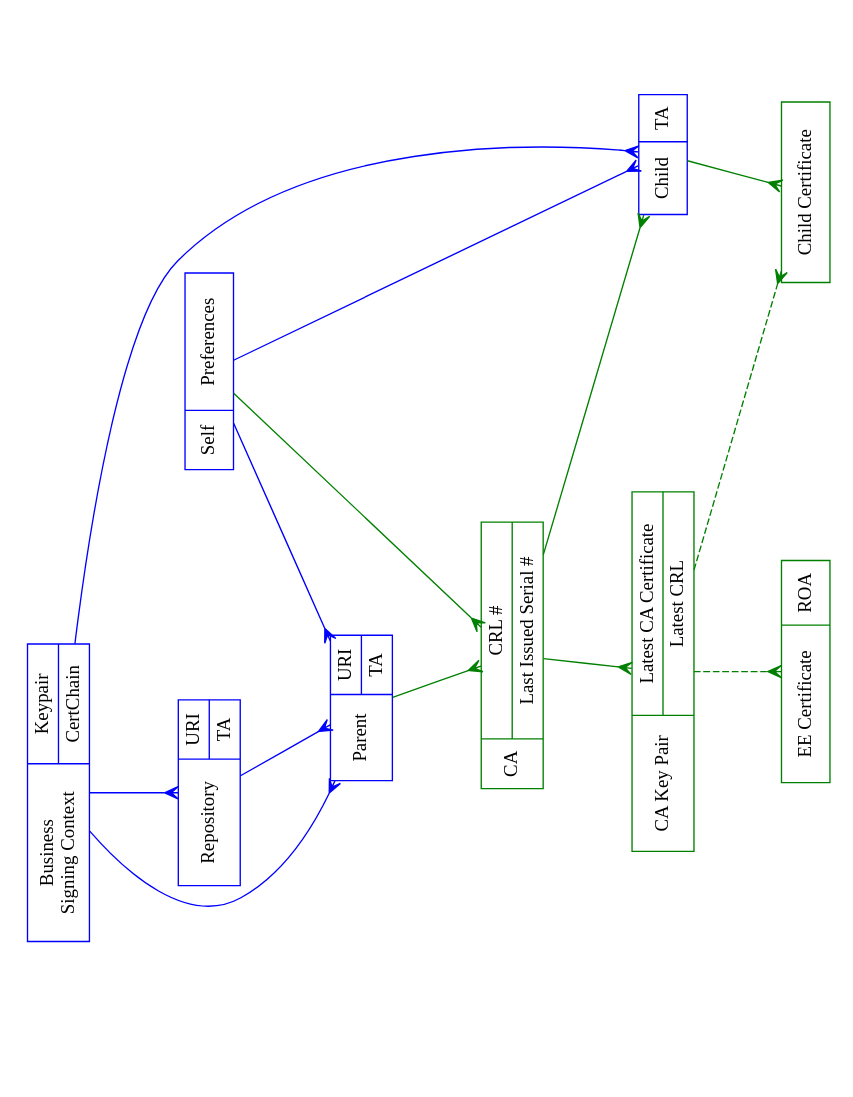
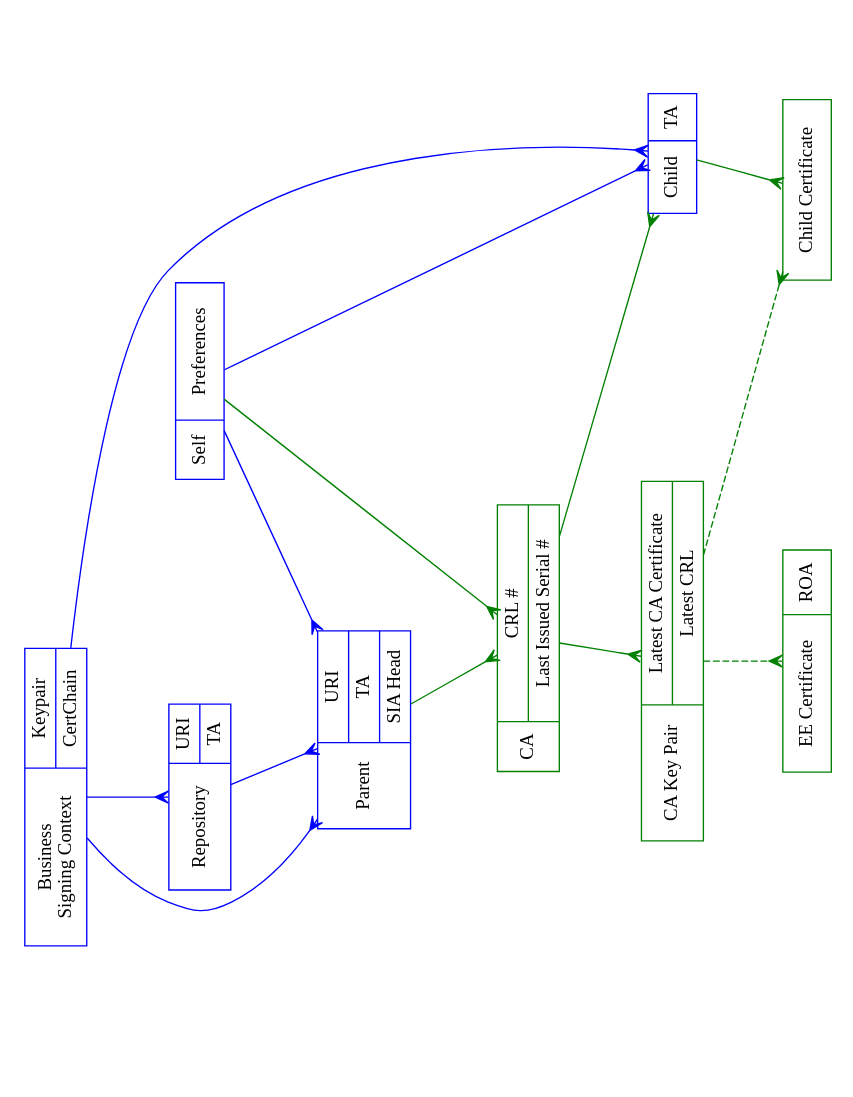
One commit to dragonresearch/rpki.net changed the diagram in docs/images/whiteboard-object-model.dot. Above: the diagram before and after it, drawn with Graphviz. The commit also changed 1 other file, not shown here.

Commit message:
SIA head
svn path=/docs/images/whiteboard-object-model.dot; revision=580

```diff
--- a/docs/images/whiteboard-object-model.dot
+++ b/docs/images/whiteboard-object-model.dot
@@ -1,65 +1,65 @@
 // $URL$
 // $Id$
 
 // This is an attempt to capture
 // http://subvert-rpki.hactrn.net/docs/prague-whiteboard-2007-03-22-23:15:01.jpg
 
 // {arrowhead,arrowtail} shapes to use for database object relationships:
 //   1-  none
 //   m-  crow
 // Color code:
 //   Blue:  visible in left-right protocol
 //   Green: created on the fly
 
 // Explanation for many-many mapping beween CA and child objects
 // (courtesy of RobL): Each child is an entity; each CA can have
 // multiple children, and each child can hold certs from multiple CAs.
 
 digraph rpki_engine_objects {
 	rotate=90;	size="11,8.5";	splines=true;	ratio=fill;
 	node		[ shape=record ];
 
 	// Objects visible in left-to-right protocol
 	node		[ color=blue ];
 	self		[ label="Self|{Preferences}" ];
-	parent		[ label="Parent|{URI|TA}" ];
+	parent		[ label="Parent|{URI|TA|SIA Head}" ];
 	repo		[ label="Repository|{URI|TA}" ];
 	child		[ label="Child|{TA}" ];
 	biz_sign	[ label="Business\nSigning Context|{Keypair|CertChain}" ];
 
 	// Objects created on the fly by the RPKI engine
 	node		[ color=green ];
 	ca		[ label="CA|{CRL #|Last Issued Serial #}" ];
 	child_cert	[ label="Child Certificate" ];
 	ee_cert		[ label="EE Certificate|{ROA}" ];
 	ca_key_pair	[ label="CA Key Pair|{Latest CA Certificate|Latest CRL}" ];
 
 	// One-many mappings
 	edge [ color=blue, arrowtail=none, arrowhead=crow ];
 	biz_sign -> child;
 	biz_sign -> parent;
 	biz_sign -> repo;
 	self -> child;
 	self -> parent;
 	repo -> parent;
 
 	// Many-many mappings
 	edge [ color=green, arrowtail=crow, arrowhead=crow ];
 	ca -> child;
 
 	// One-many mappings
 	edge [ color=green, arrowtail=none, arrowhead=crow ];
 	ca -> ca_key_pair;
 	child -> child_cert;
 	self -> ca;
 	parent -> ca;
 
 	// Weird one-many
 	edge [ color=green, arrowtail=none, arrowhead=crow, style=dashed ];
 	ca_key_pair -> child_cert;
 	ca_key_pair -> ee_cert;
 }
 
 // Local Variables:
 // compile-command: "neato -Tps2 whiteboard-object-model.dot | ps2pdf - whiteboard-object-model.pdf"
 // End:
```
